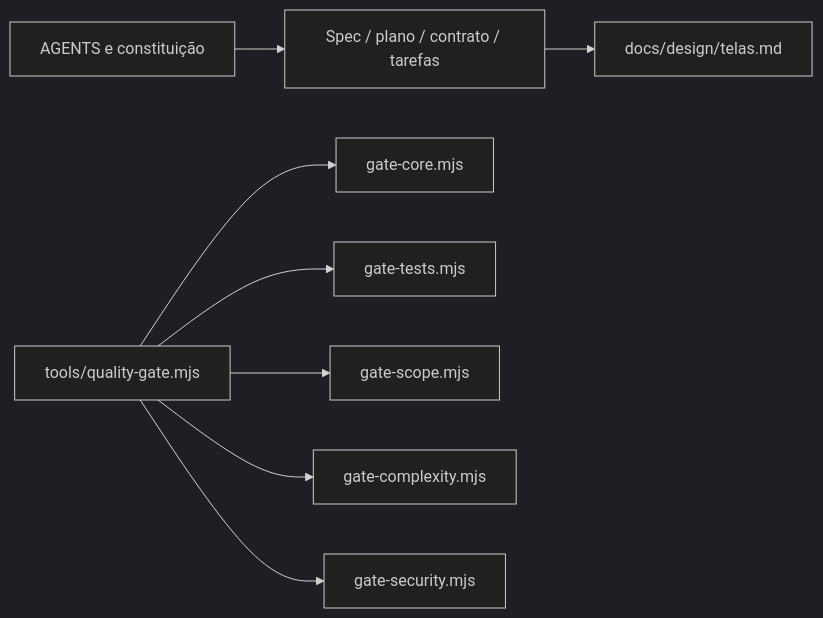
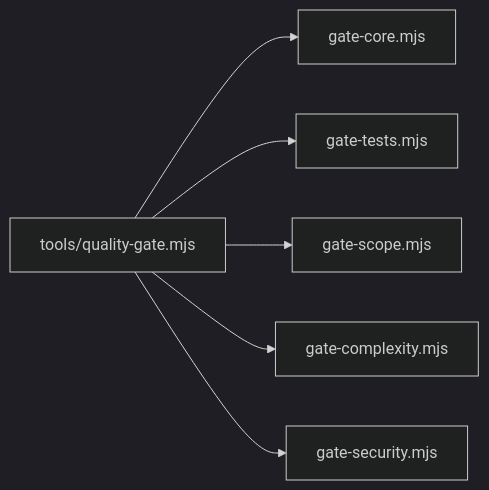
One commit to Browsher/crm-social changed the third of 3 diagrams in docs/architecture.md. Above: the diagram before and after it, drawn with Mermaid (dark theme). The commit also changed other lines of this file and 22 other files, not shown here.

````diff
--- a/docs/architecture.md
+++ b/docs/architecture.md
@@ -7,10 +116,8 @@
-~~~mermaid
+```mermaid
 flowchart LR
-  Regras[AGENTS e constituição] --> Feature[Spec / plano / contrato / tarefas]
-  Feature --> Design[docs/design/telas.md]
-  Gate[tools/quality-gate.mjs] --> Core[gate-core.mjs]
-  Gate --> Tests[gate-tests.mjs]
-  Gate --> Scope[gate-scope.mjs]
-  Gate --> Complexity[gate-complexity.mjs]
-  Gate --> Security[gate-security.mjs]
-~~~
+  Gate["tools/quality-gate.mjs"] --> Core["gate-core.mjs"]
+  Gate --> Tests["gate-tests.mjs"]
+  Gate --> Scope["gate-scope.mjs"]
+  Gate --> Complexity["gate-complexity.mjs"]
+  Gate --> Security["gate-security.mjs"]
+```
````
